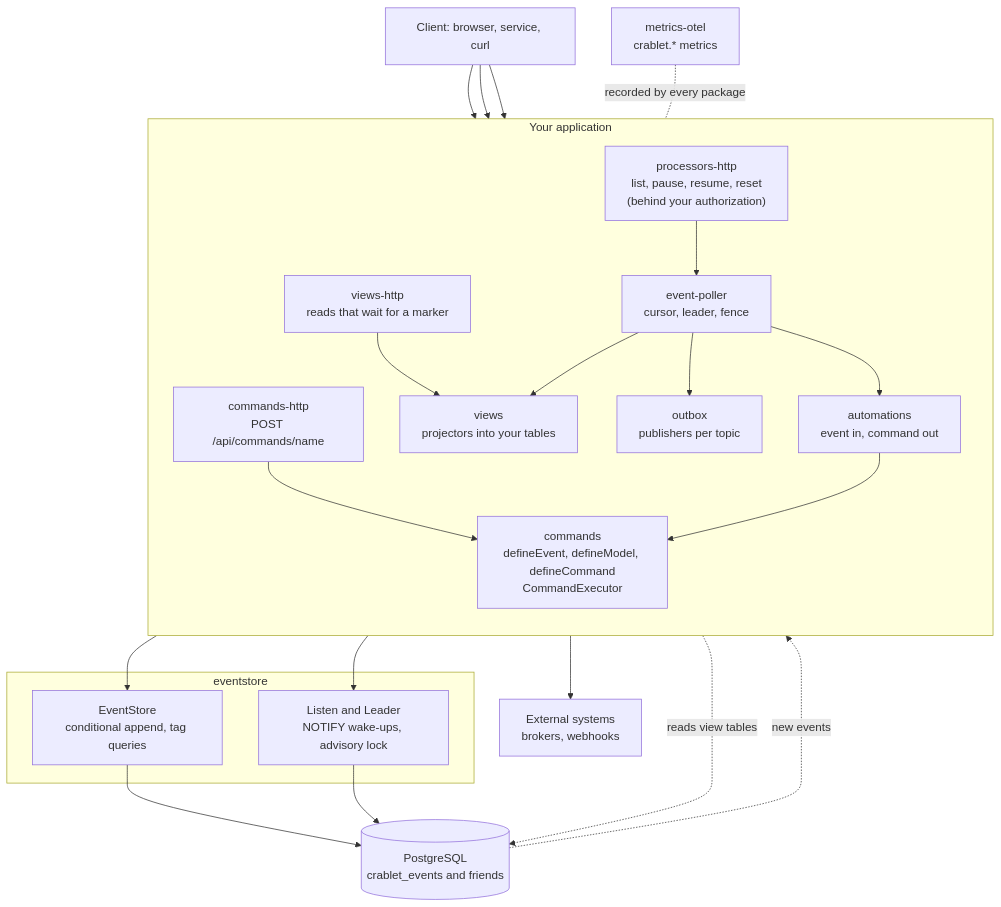
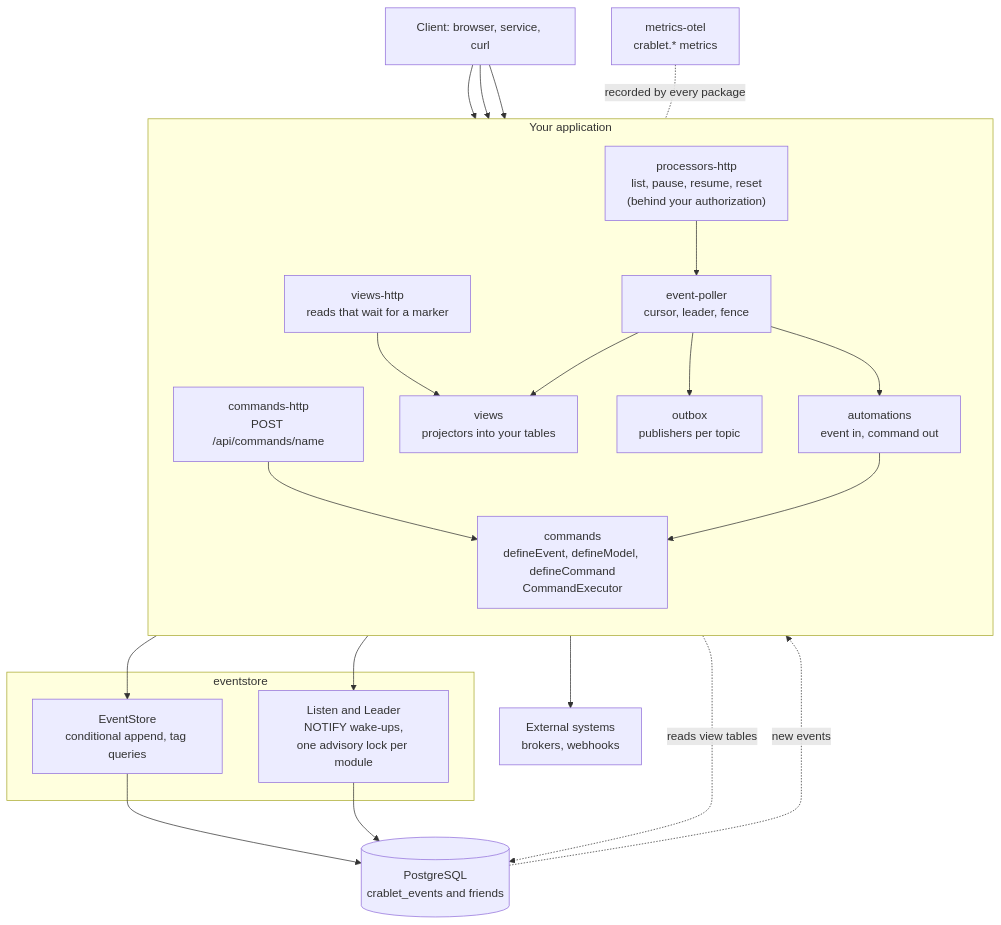
The first of 10 diagrams in docs/architecture.md (rodolfodpk/ts-effect-crablet), drawn with Mermaid before and after one commit. The commit also changed other lines of this file and 16 other files, not shown here.

Commit message:
Crash test of the no-leader alert: leadership is per module (lock_key), not per processor; the dashboard and alert fixed and measured; diagrams of the per-module locks and of a failover; a label contract test

````diff
--- a/docs/architecture.md
+++ b/docs/architecture.md
@@ -16,46 +16,46 @@
 ```mermaid
 flowchart TB
   client["Client: browser, service, curl"]
 
   subgraph app["Your application"]
     direction TB
     http["commands-http<br/>POST /api/commands/name"]
     vhttp["views-http<br/>reads that wait for a marker"]
     phttp["processors-http<br/>list, pause, resume, reset<br/>(behind your authorization)"]
     cmd["commands<br/>defineEvent, defineModel, defineCommand<br/>CommandExecutor"]
     views["views<br/>projectors into your tables"]
     outbox["outbox<br/>publishers per topic"]
     auto["automations<br/>event in, command out"]
     poller["event-poller<br/>cursor, leader, fence"]
   end
 
   subgraph store["eventstore"]
     es["EventStore<br/>conditional append, tag queries"]
-    listen["Listen and Leader<br/>NOTIFY wake-ups, advisory lock"]
+    listen["Listen and Leader<br/>NOTIFY wake-ups,<br/>one advisory lock per module"]
   end
 
   pg[("PostgreSQL<br/>crablet_events and friends")]
   ext["External systems<br/>brokers, webhooks"]
   metrics["metrics-otel<br/>crablet.* metrics"]
 
   client --> http
   client --> vhttp
   client --> phttp
   phttp --> poller
   http --> cmd
   cmd --> es
   es --> pg
   vhttp --> views
   views -. reads view tables .-> pg
 
   pg -. new events .-> poller
   poller --> views
   poller --> outbox
   poller --> auto
   auto --> cmd
   outbox --> ext
   poller --> listen
   listen --> pg
 
   metrics -. recorded by every package .- app
 ```
````
